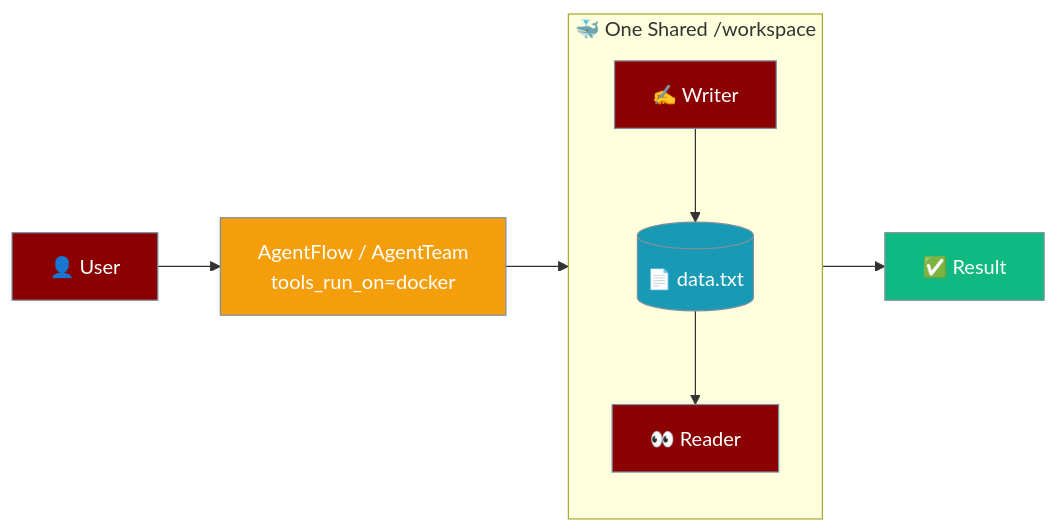
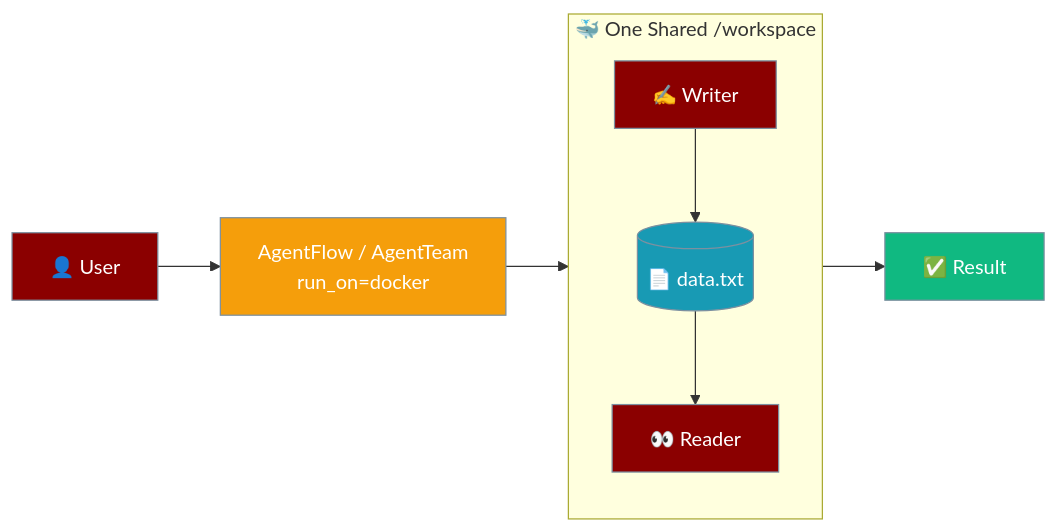
Before and after one commit to MervinPraison/PraisonAIDocs: the first of 4 diagrams in docs/features/shared-sandbox.mdx, drawn with Mermaid. The commit also changed other lines of this file and 19 other files, not shown here.

````diff
--- a/docs/features/shared-sandbox.mdx
+++ b/docs/features/shared-sandbox.mdx
@@ -20,20 +20,20 @@
 ```mermaid
 graph LR
-    User[👤 User] --> Flow[AgentFlow / AgentTeam<br/>tools_run_on=docker]
+    User[👤 User] --> Flow[AgentFlow / AgentTeam<br/>run_on=docker]
     Flow --> SANDBOX
     subgraph SANDBOX["🐳 One Shared /workspace"]
         W[✍️ Writer] --> F[(📄 data.txt)]
         F --> R[👀 Reader]
     end
     SANDBOX --> Out[✅ Result]
 
     classDef input fill:#8B0000,stroke:#7C90A0,color:#fff
     classDef process fill:#F59E0B,stroke:#7C90A0,color:#fff
     classDef tools fill:#189AB4,stroke:#7C90A0,color:#fff
     classDef result fill:#10B981,stroke:#7C90A0,color:#fff
 
     class User,W,R input
     class Flow process
     class F tools
     class Out result
 ```
````
